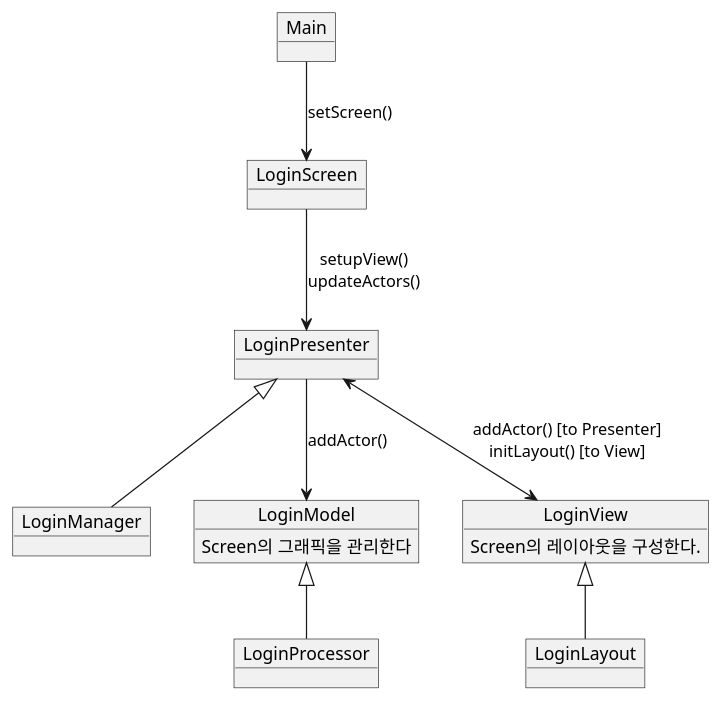
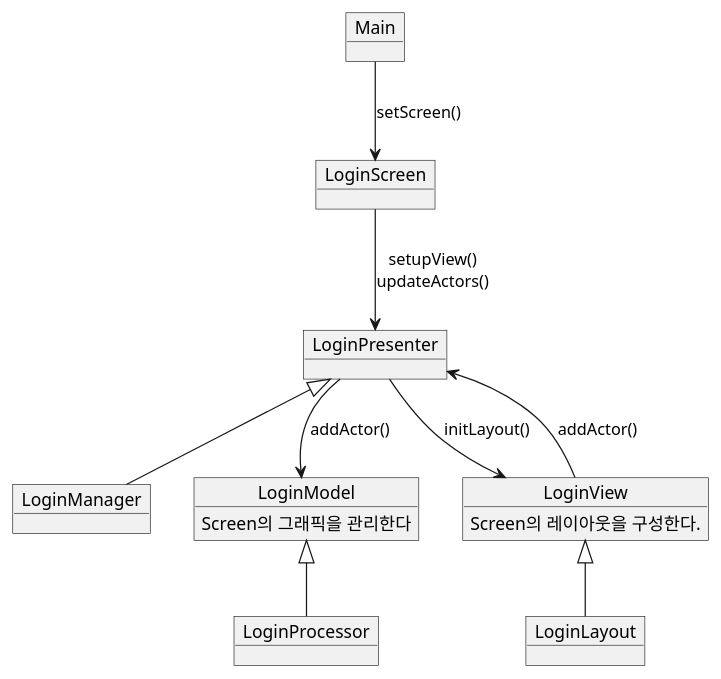
One commit to rlaehd62/Telestration changed the diagram in Telestration_Client/core/src/Client.puml. Above: the diagram before and after it, drawn with PlantUML. The commit also changed 1 other file, not shown here.

```diff
--- a/Telestration_Client/core/src/Client.puml
+++ b/Telestration_Client/core/src/Client.puml
@@ -1,27 +1,28 @@
 @startuml
 object LoginScreen
 
 object LoginPresenter
 object LoginManager
 
 object LoginModel
 LoginModel : Screen의 그래픽을 관리한다
 object LoginProcessor
 
 object LoginView
 LoginView : Screen의 레이아웃을 구성한다.
 object LoginLayout
 
 object Main
 
 Main --> LoginScreen : setScreen()
 LoginScreen --> LoginPresenter : setupView()\nupdateActors()
 LoginPresenter <|-- LoginManager
 
-LoginPresenter <--> LoginView : addActor() [to Presenter]\ninitLayout() [to View]
+LoginPresenter --> LoginView : initLayout()
+LoginPresenter <-- LoginView : addActor()
 LoginView <|-- LoginLayout
 
 LoginPresenter --> LoginModel : addActor()
 LoginModel <|-- LoginProcessor
 
 @enduml
```
